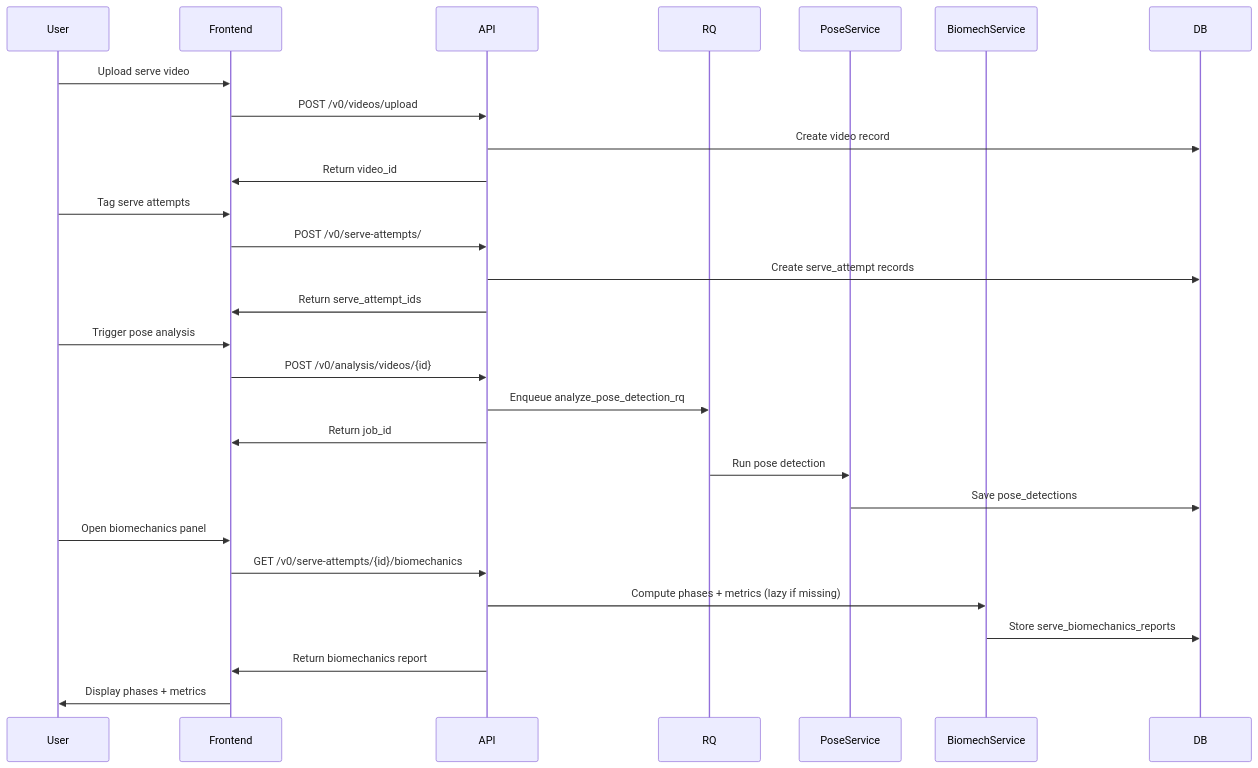
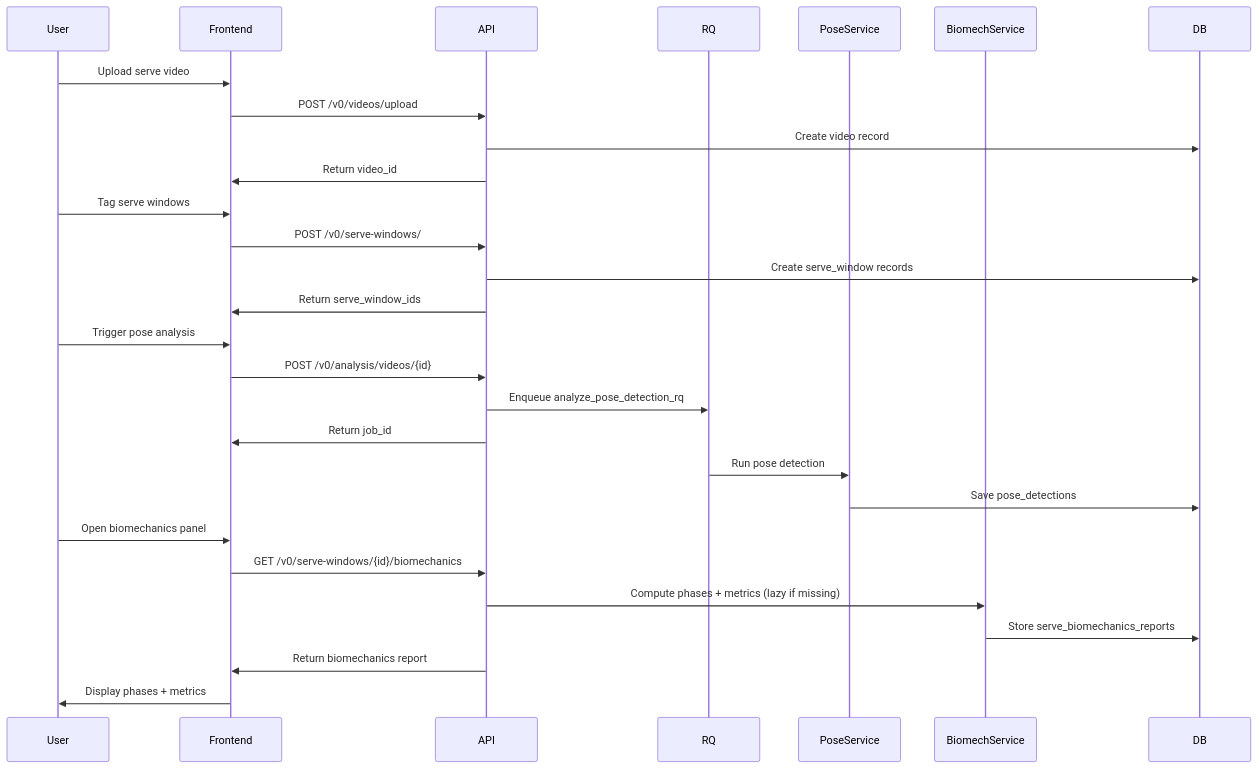
The diagram in backend/docs/background-jobs.md (aseda-sam/tennis_coach_app), drawn with Mermaid before and after one commit. The commit also changed 63 other files, not shown here.

Commit message:
Hard-cut rename serve attempts to serve windows

````diff
--- a/backend/docs/background-jobs.md
+++ b/backend/docs/background-jobs.md
@@ -9,35 +9,35 @@
 ```mermaid
 sequenceDiagram
     participant User
     participant Frontend
     participant API
     participant RQ
     participant PoseService
     participant BiomechService
     participant DB
 
     User->>Frontend: Upload serve video
     Frontend->>API: POST /v0/videos/upload
     API->>DB: Create video record
     API->>Frontend: Return video_id
 
-    User->>Frontend: Tag serve attempts
-    Frontend->>API: POST /v0/serve-attempts/
-    API->>DB: Create serve_attempt records
-    API->>Frontend: Return serve_attempt_ids
+    User->>Frontend: Tag serve windows
+    Frontend->>API: POST /v0/serve-windows/
+    API->>DB: Create serve_window records
+    API->>Frontend: Return serve_window_ids
 
     User->>Frontend: Trigger pose analysis
     Frontend->>API: POST /v0/analysis/videos/{id}
     API->>RQ: Enqueue analyze_pose_detection_rq
     API->>Frontend: Return job_id
 
     RQ->>PoseService: Run pose detection
     PoseService->>DB: Save pose_detections
 
     User->>Frontend: Open biomechanics panel
-    Frontend->>API: GET /v0/serve-attempts/{id}/biomechanics
+    Frontend->>API: GET /v0/serve-windows/{id}/biomechanics
     API->>BiomechService: Compute phases + metrics (lazy if missing)
     BiomechService->>DB: Store serve_biomechanics_reports
     API->>Frontend: Return biomechanics report
     Frontend->>User: Display phases + metrics
 ```
````
